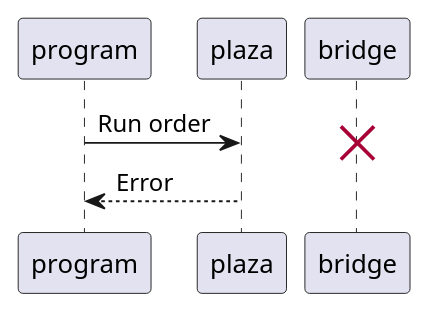
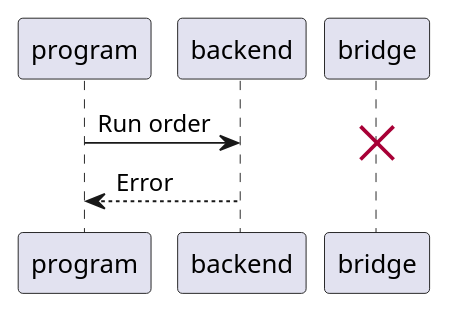
Before and after one commit to programaker-project/Programaker-Core: the seventh of 7 diagrams in docs/communications/sequence/bridges.puml, drawn with PlantUML. The commit also changed other lines of this file and 42 other files, not shown here.

```diff
--- a/docs/communications/sequence/bridges.puml
+++ b/docs/communications/sequence/bridges.puml
@@ -85,10 +85,10 @@
 @startuml no-bridge-running.png
 participant program
-participant plaza
+participant backend
 participant bridge
 
-program -> plaza: Run order
+program -> backend: Run order
 destroy bridge
 
-program <-- plaza: Error
+program <-- backend: Error
 @enduml
```
